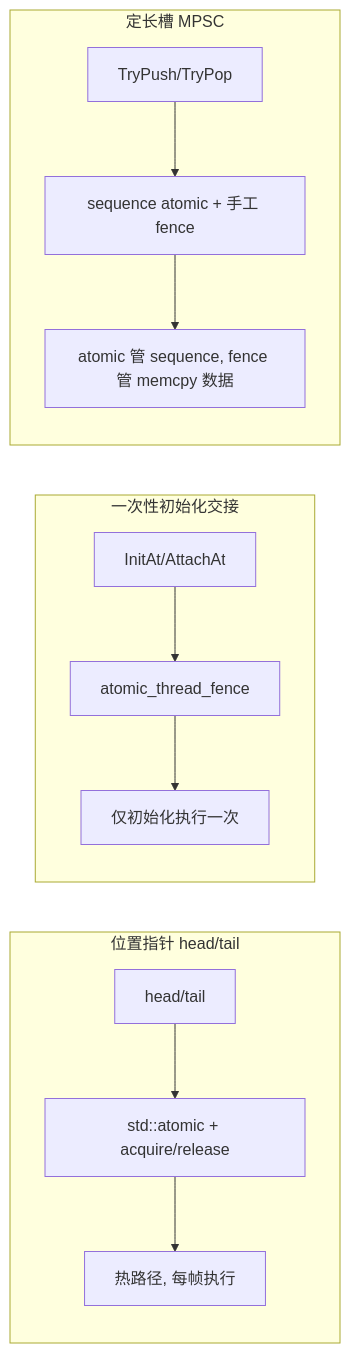
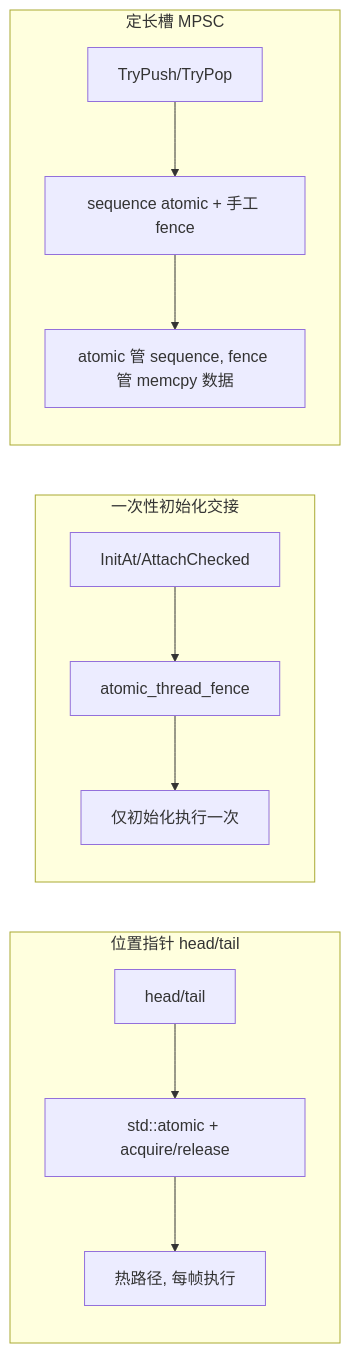
The second of 2 diagrams in docs/blogs/04-ring-buffer-memory-ordering.md (DeguiLiu/newosp), drawn with Mermaid before and after one commit. The commit also changed other lines of this file and 15 other files, not shown here.

````diff
--- a/docs/blogs/04-ring-buffer-memory-ordering.md
+++ b/docs/blogs/04-ring-buffer-memory-ordering.md
@@ -166,15 +166,15 @@
 ```mermaid
 flowchart LR
     subgraph S1["位置指针 head/tail"]
         A[head/tail] --> B[std::atomic + acquire/release]
         B --> C[热路径, 每帧执行]
     end
     subgraph S2["一次性初始化交接"]
-        D[InitAt/AttachAt] --> E[atomic_thread_fence]
+        D[InitAt/AttachChecked] --> E[atomic_thread_fence]
         E --> F[仅初始化执行一次]
     end
     subgraph S3["定长槽 MPSC"]
         G[TryPush/TryPop] --> H[sequence atomic + 手工 fence]
         H --> I[atomic 管 sequence, fence 管 memcpy 数据]
     end
 ```
````
